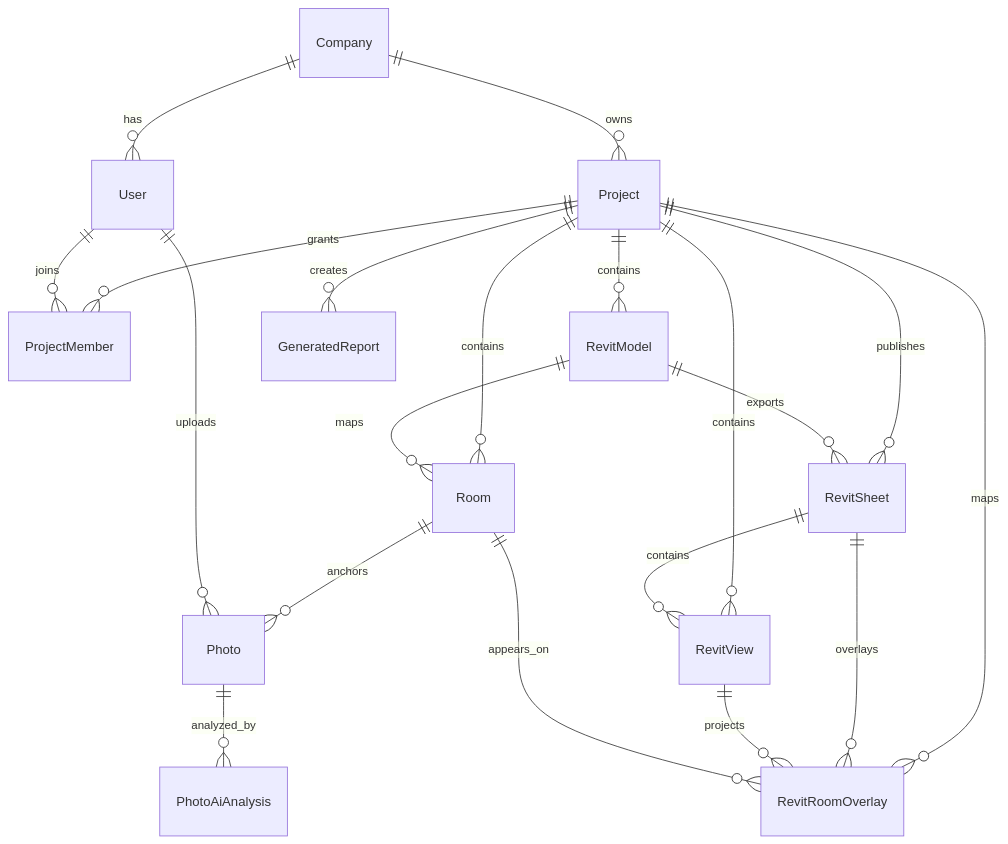
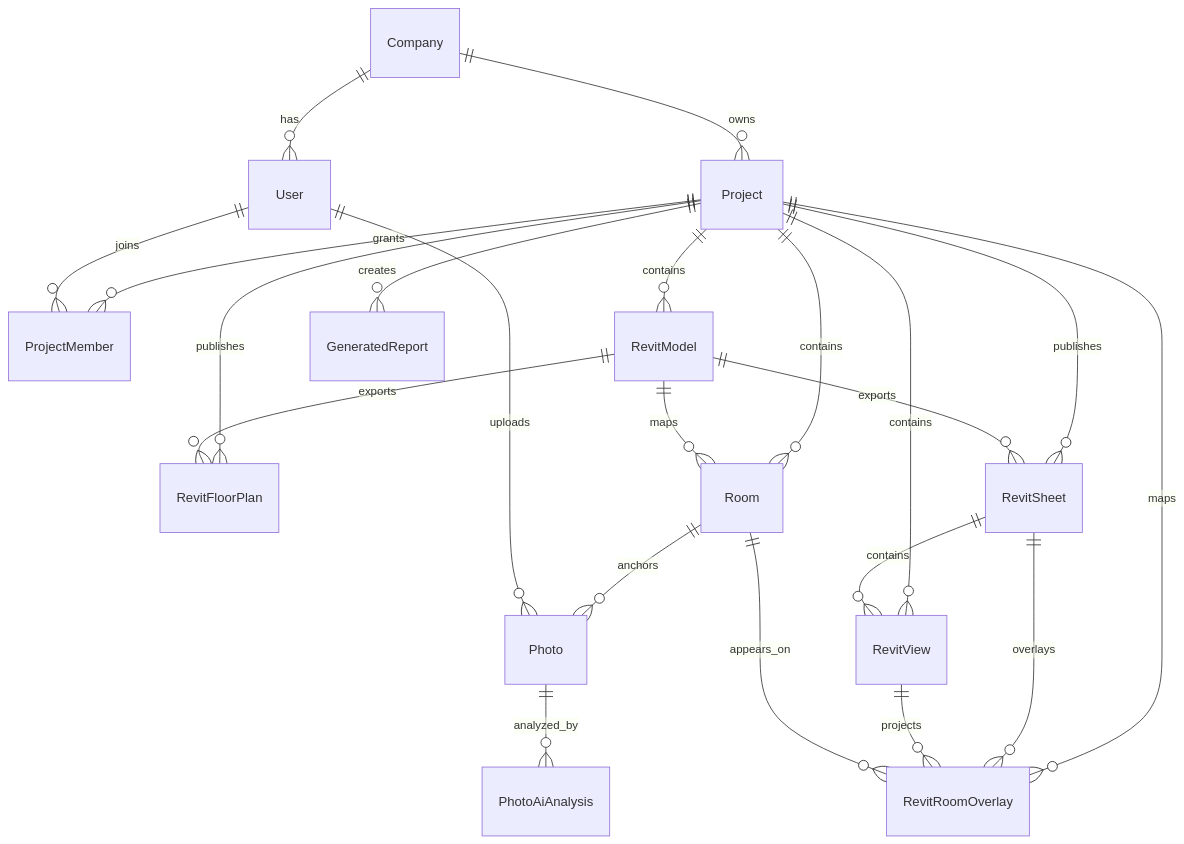
The second of 5 diagrams in README.md (KHSOL/BIMPhotoSync), drawn with Mermaid before and after one commit. The commit also changed other lines of this file and 16 other files, not shown here.

Commit message:
Add floor plan sync and add-in packaging (#14)

````diff
--- a/README.md
+++ b/README.md
@@ -62,22 +63,24 @@
 ```mermaid
 erDiagram
   Company ||--o{ User : has
   Company ||--o{ Project : owns
   Project ||--o{ ProjectMember : grants
   User ||--o{ ProjectMember : joins
   Project ||--o{ RevitModel : contains
+  Project ||--o{ RevitFloorPlan : publishes
   Project ||--o{ RevitSheet : publishes
   Project ||--o{ RevitView : contains
   Project ||--o{ RevitRoomOverlay : maps
   Project ||--o{ Room : contains
   RevitModel ||--o{ Room : maps
+  RevitModel ||--o{ RevitFloorPlan : exports
   RevitModel ||--o{ RevitSheet : exports
   RevitSheet ||--o{ RevitView : contains
   RevitSheet ||--o{ RevitRoomOverlay : overlays
   RevitView ||--o{ RevitRoomOverlay : projects
   Room ||--o{ RevitRoomOverlay : appears_on
   Room ||--o{ Photo : anchors
   Photo ||--o{ PhotoAiAnalysis : analyzed_by
   Project ||--o{ GeneratedReport : creates
   User ||--o{ Photo : uploads
 ```
````
